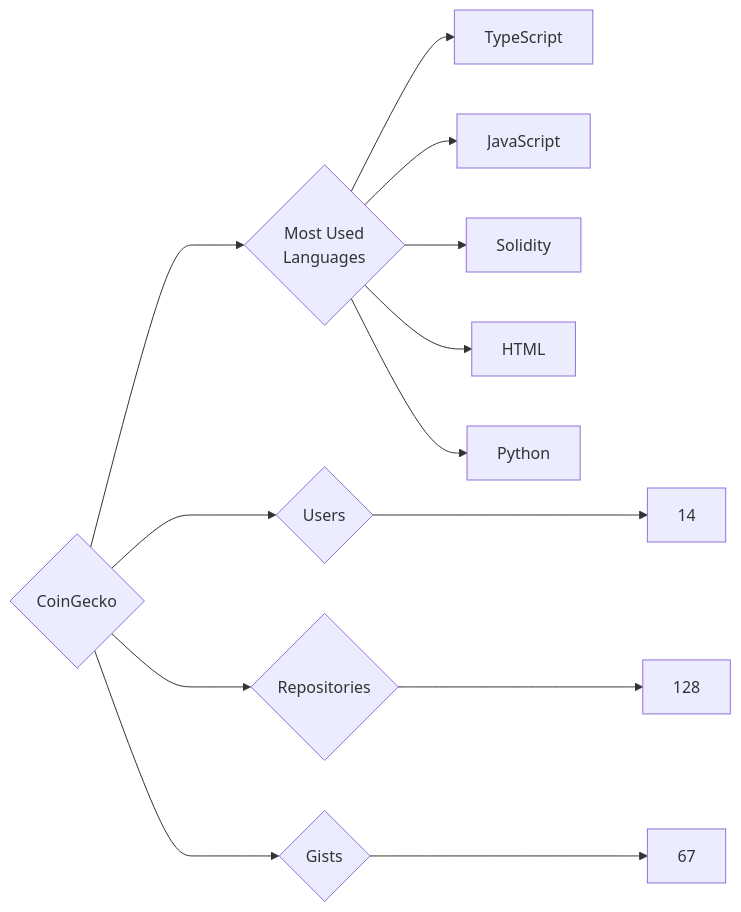
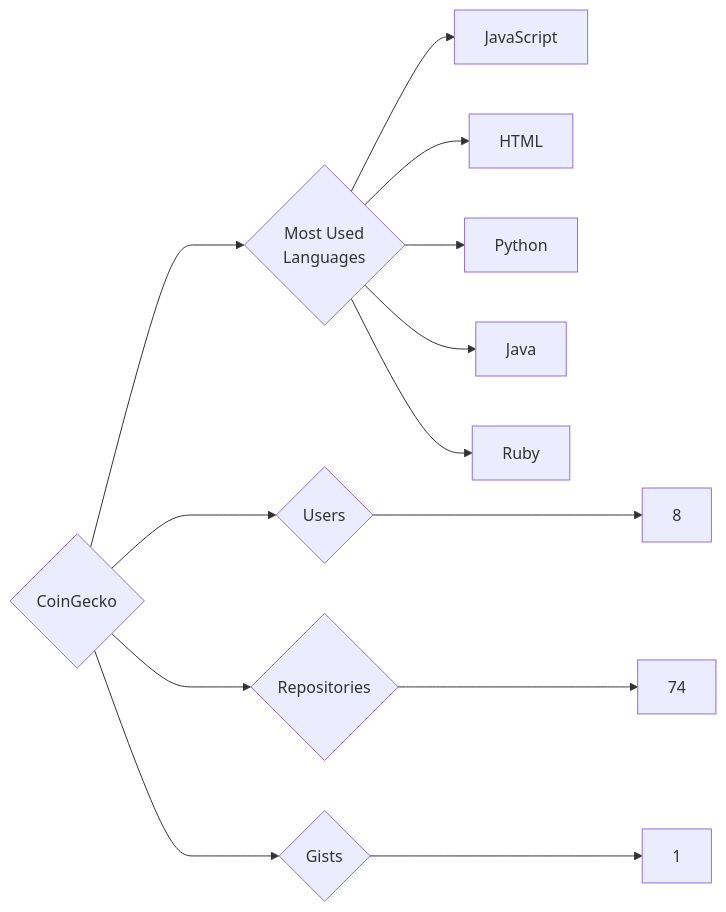
One commit to trickest/insiders changed the diagram in targets/CoinGecko/README.md. Above: the diagram before and after it, drawn with Mermaid. The commit also changed 857 other files, not shown here.

````diff
--- a/targets/CoinGecko/README.md
+++ b/targets/CoinGecko/README.md
@@ -3,13 +3,13 @@
 ```mermaid
 graph LR
 COMPANY_NAME{CoinGecko}
-COMPANY_NAME ---> U{Users} ---> UN[14]
-COMPANY_NAME ---> R{Repositories} ---> RN[128]
-COMPANY_NAME ---> G{Gists} ---> GN[67]
+COMPANY_NAME ---> U{Users} ---> UN[8]
+COMPANY_NAME ---> R{Repositories} ---> RN[74]
+COMPANY_NAME ---> G{Gists} ---> GN[1]
 COMPANY_NAME ---> ML{Most Used<br>Languages}
-ML --> TypeScript[TypeScript]
 ML --> JavaScript[JavaScript]
-ML --> Solidity[Solidity]
 ML --> HTML[HTML]
 ML --> Python[Python]
+ML --> Java[Java]
+ML --> Ruby[Ruby]
 ```
````
